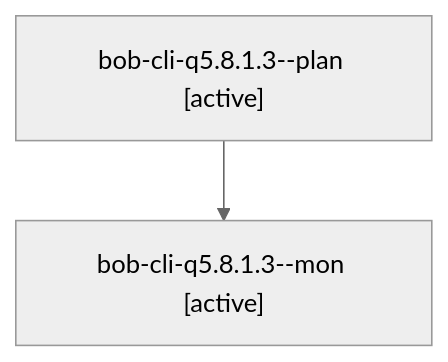
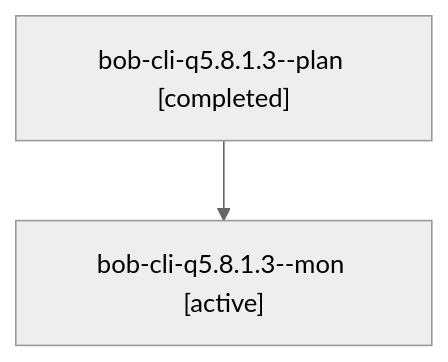
The diagram in sessions/bbugyi200.athena.bob-cli-q5.8.1.3.md (bobs-org/bob-cli--agents), drawn with Mermaid (neutral theme) before and after one commit. The commit also changed other lines of this file and 154 other files, not shown here.

````diff
--- a/sessions/bbugyi200.athena.bob-cli-q5.8.1.3.md
+++ b/sessions/bbugyi200.athena.bob-cli-q5.8.1.3.md
@@ -9,6 +9,6 @@
 ```mermaid
 flowchart TD
-  n0["bob-cli-q5.8.1.3--plan [active]"]
+  n0["bob-cli-q5.8.1.3--plan [completed]"]
   n1["bob-cli-q5.8.1.3--mon [active]"]
   n0 --> n1
 ```
````
